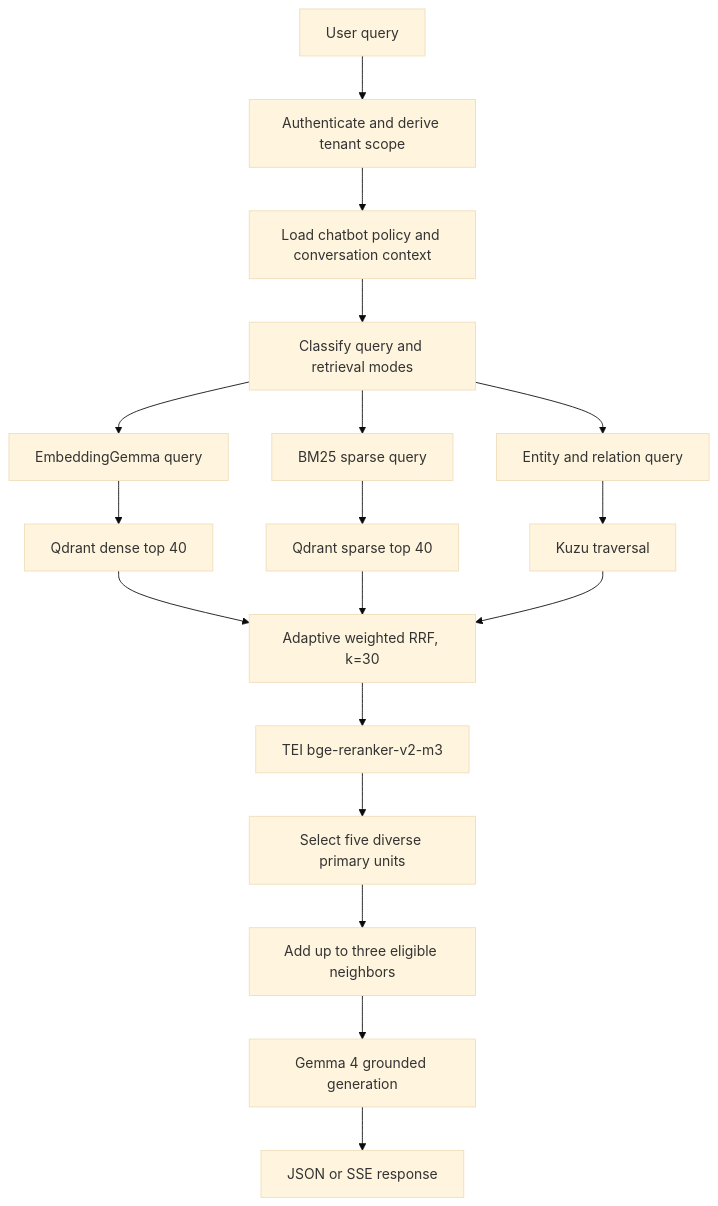
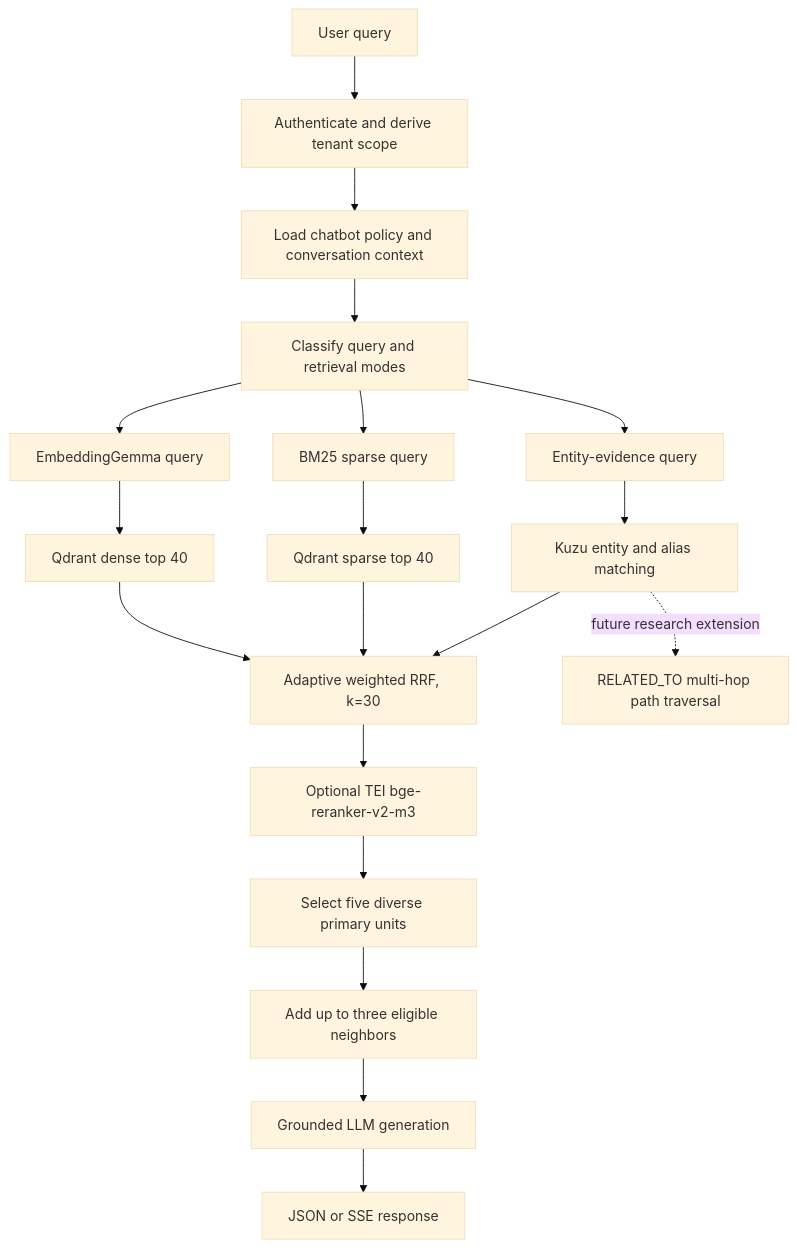
Before and after one commit to Kuvox-stud-cmc/Cacanode: the third of 8 diagrams in README.md, drawn with Mermaid (base theme). The commit also changed other lines of this file and 1 other file, not shown here.

````diff
--- a/README.md
+++ b/README.md
@@ -602,24 +603,26 @@
 ```mermaid
 flowchart TD
     Query[User query] --> Auth[Authenticate and derive tenant scope]
     Auth --> Policy[Load chatbot policy and conversation context]
     Policy --> Route[Classify query and retrieval modes]
 
     Route --> DenseQuery[EmbeddingGemma query]
     Route --> SparseQuery[BM25 sparse query]
-    Route --> GraphQuery[Entity and relation query]
+    Route --> GraphQuery[Entity-evidence query]
 
     DenseQuery --> DenseSearch[Qdrant dense top 40]
     SparseQuery --> SparseSearch[Qdrant sparse top 40]
-    GraphQuery --> GraphSearch[Kuzu traversal]
+    GraphQuery --> GraphSearch[Kuzu entity and alias matching]
 
     DenseSearch --> Fusion[Adaptive weighted RRF, k=30]
     SparseSearch --> Fusion
     GraphSearch --> Fusion
 
-    Fusion --> Rerank[TEI bge-reranker-v2-m3]
+    Fusion --> Rerank[Optional TEI bge-reranker-v2-m3]
     Rerank --> Primary[Select five diverse primary units]
     Primary --> Context[Add up to three eligible neighbors]
-    Context --> Generate[Gemma 4 grounded generation]
+    Context --> Generate[Grounded LLM generation]
     Generate --> Stream[JSON or SSE response]
+
+    GraphSearch -. future research extension .-> MultiHop[RELATED_TO multi-hop path traversal]
 ```
````
